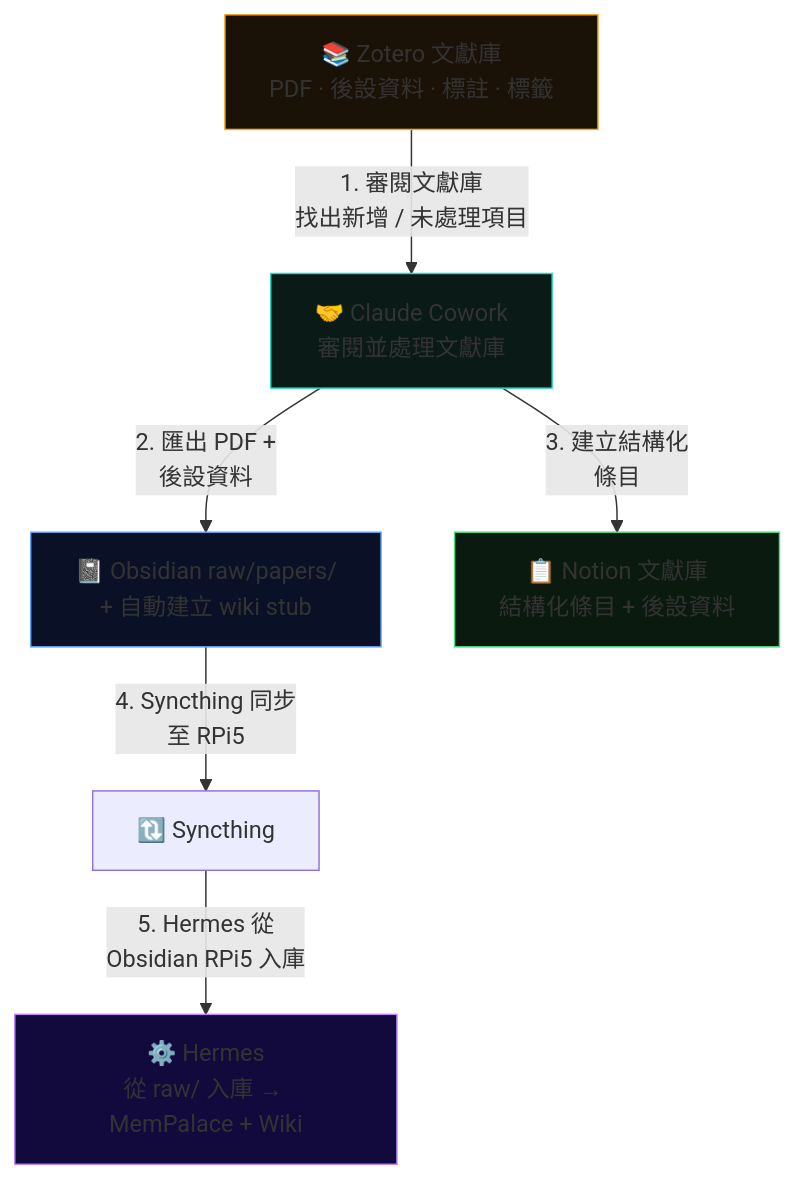
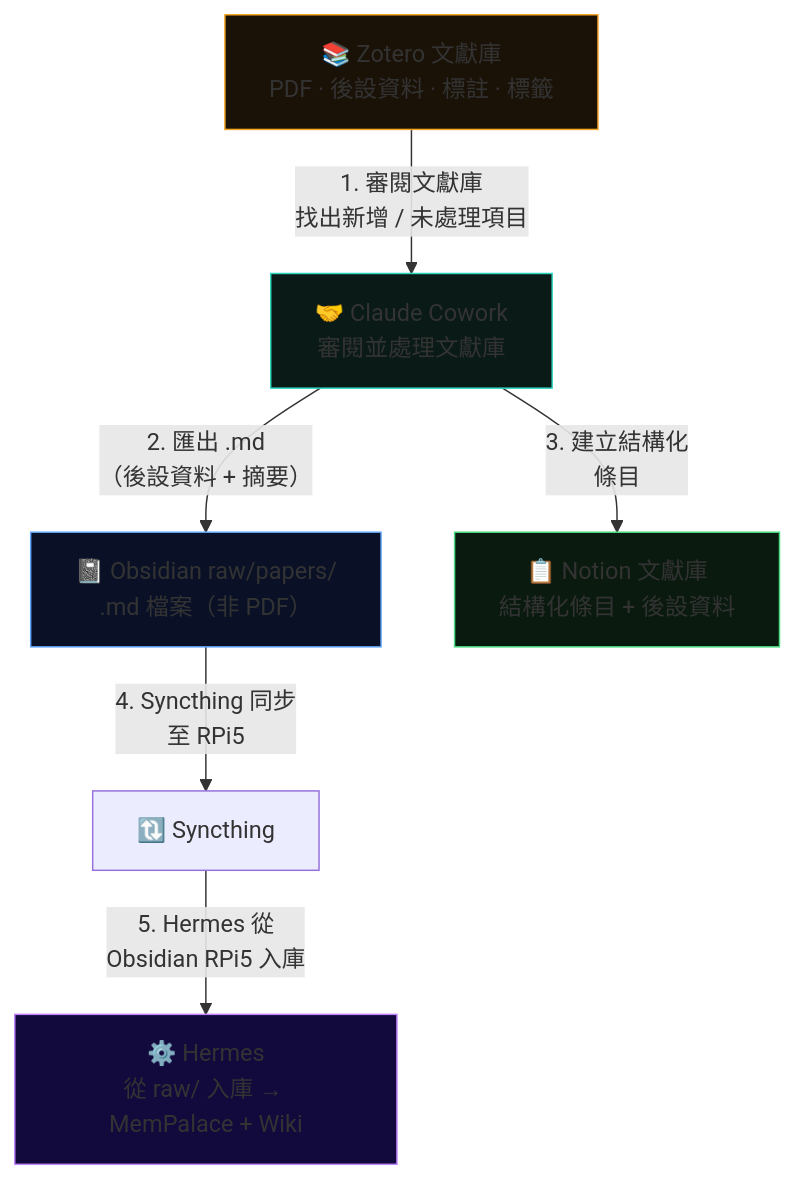
The fourth of 7 diagrams in README-zh-tw.md (omankz/Hermes-Agent---Claude-Cowork---Notion---Obsidian), drawn with Mermaid before and after one commit. The commit also changed other lines of this file, not shown here.

````diff
--- a/README-zh-tw.md
+++ b/README-zh-tw.md
@@ -543,30 +544,30 @@
 ```mermaid
 flowchart TD
     Z["📚 Zotero 文獻庫
 PDF · 後設資料 · 標註 · 標籤"]
     CW["🤝 Claude Cowork
 審閱並處理文獻庫"]
     OB["📓 Obsidian raw/papers/
-+ 自動建立 wiki stub"]
+.md 檔案（非 PDF）"]
     NT["📋 Notion 文獻庫
 結構化條目 + 後設資料"]
     H["⚙️ Hermes
 從 raw/ 入庫 → MemPalace + Wiki"]
 
     Z -->|"1. 審閱文獻庫
 找出新增 / 未處理項目"| CW
-    CW -->|"2. 匯出 PDF +
-後設資料"| OB
+    CW -->|"2. 匯出 .md
+（後設資料 + 摘要）"| OB
     CW -->|"3. 建立結構化
 條目"| NT
     OB -->|"4. Syncthing 同步
 至 RPi5"| S2["🔃 Syncthing"]
     S2 -->|"5. Hermes 從
 Obsidian RPi5 入庫"| H
 
     style Z fill:#1a1207,stroke:#f5a623
     style CW fill:#0a1a17,stroke:#2dd4bf
     style OB fill:#0a1127,stroke:#60a5fa
     style NT fill:#0a1a0f,stroke:#4ade80
     style H fill:#12093d,stroke:#c084fc
 ```
````
